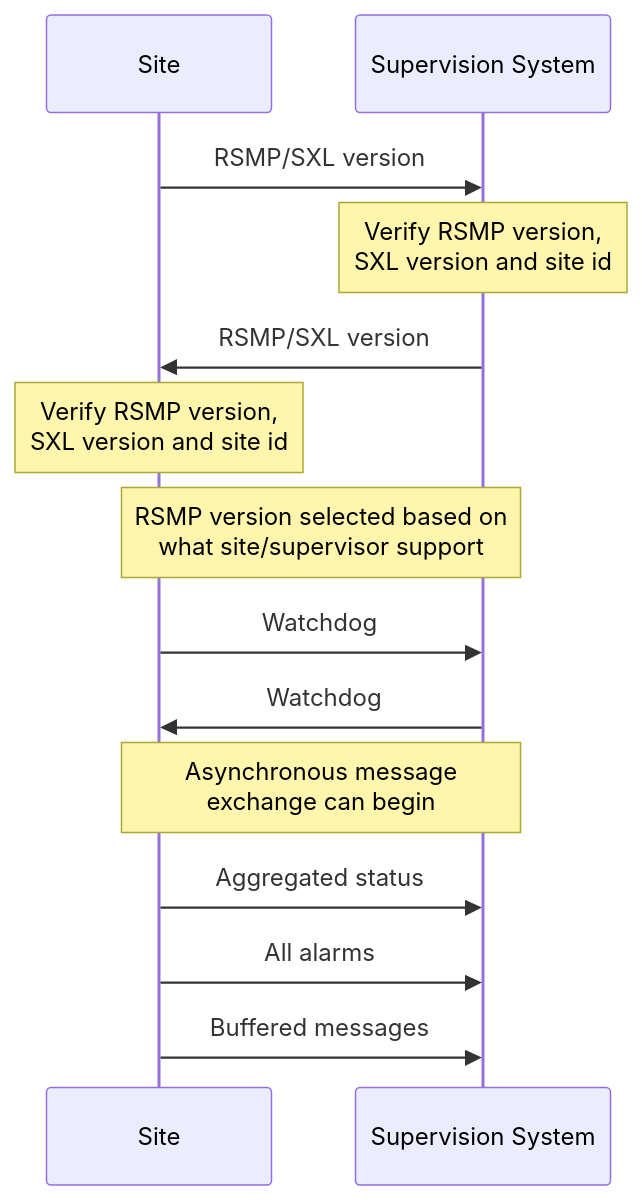
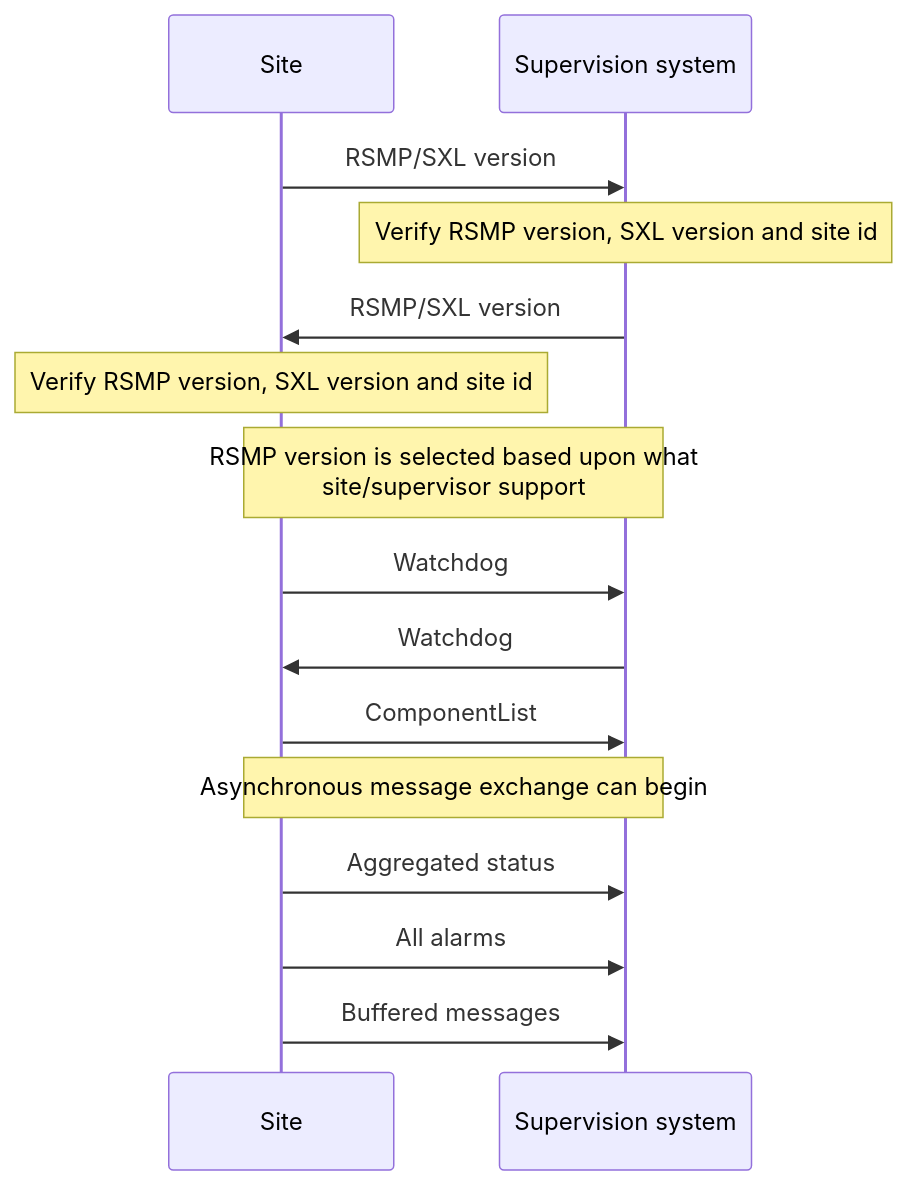
The first of 3 diagrams in pages/applicability/transport_of_data.md (rsmp-nordic/rsmp_core), drawn with Mermaid before and after one commit. The commit also changed other lines of this file and 25 other files, not shown here.

````diff
--- a/pages/applicability/transport_of_data.md
+++ b/pages/applicability/transport_of_data.md
@@ -101,16 +86,17 @@
 ```mermaid
 sequenceDiagram
     participant A as Site
-    participant B as Supervision System
+    participant B as Supervision system
     A->>B: RSMP/SXL version
-    Note over B: Verify RSMP version,<br/>SXL version and site id
+    Note over B: Verify RSMP version, SXL version and site id
     B->>A: RSMP/SXL version
-    Note over A: Verify RSMP version,<br/>SXL version and site id
-    Note over A,B: RSMP version selected based on<br/>what site/supervisor support
+    Note over A: Verify RSMP version, SXL version and site id
+    Note over A,B: RSMP version is selected based upon what<br/>site/supervisor support
     A->>B: Watchdog
     B->>A: Watchdog
-    Note over A,B: Asynchronous message<br/>exchange can begin
+    A->>B: ComponentList
+    Note over A,B: Asynchronous message exchange can begin
     A->>B: Aggregated status
     A->>B: All alarms
     A->>B: Buffered messages
 ```
````
